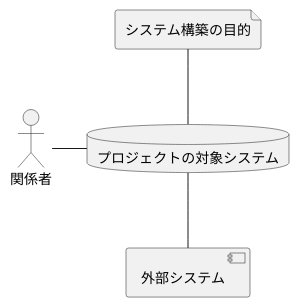
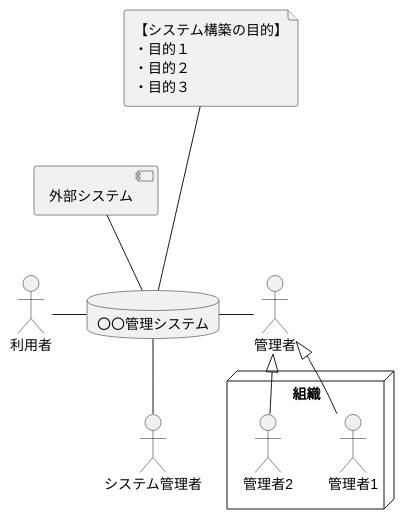
One commit to ShoheiImamura/rdra2-on-honkit changed the second of 2 diagrams in システム価値/README.md. Above: the diagram before and after it, drawn with PlantUML. The commit also changed other lines of this file and 5 other files, not shown here.

````diff
--- a/システム価値/README.md
+++ b/システム価値/README.md
@@ -26,19 +36,37 @@
 ```plantuml
 @startuml
 ' 配置図を利用します。
 ' アクターは `actor` で、外侮システムは `component` で描画します。
 
 ' 要素
-actor 関係者
+actor 利用者
+actor 管理者
+node 組織 {
+  actor 管理者1
+  actor 管理者2
+}
+
+actor システム管理者
 component 外部システム
-database プロジェクトの対象システム
-file システム構築の目的
+database プロジェクトの対象システム as "
+〇〇管理システム
+"
+file システム構築の目的 as "
+【システム構築の目的】
+・目的１
+・目的２
+・目的３
+"
 
 ' 関連
-関係者 - プロジェクトの対象システム
-プロジェクトの対象システム -- 外部システム
-システム構築の目的 -- プロジェクトの対象システム
+システム構築の目的 --- プロジェクトの対象システム
+利用者 - プロジェクトの対象システム
+プロジェクトの対象システム - 管理者
+管理者 <|-- 管理者1
+管理者 <|-- 管理者2
+プロジェクトの対象システム -- システム管理者
+外部システム -- プロジェクトの対象システム
 
 
 @enduml
 ```
````
